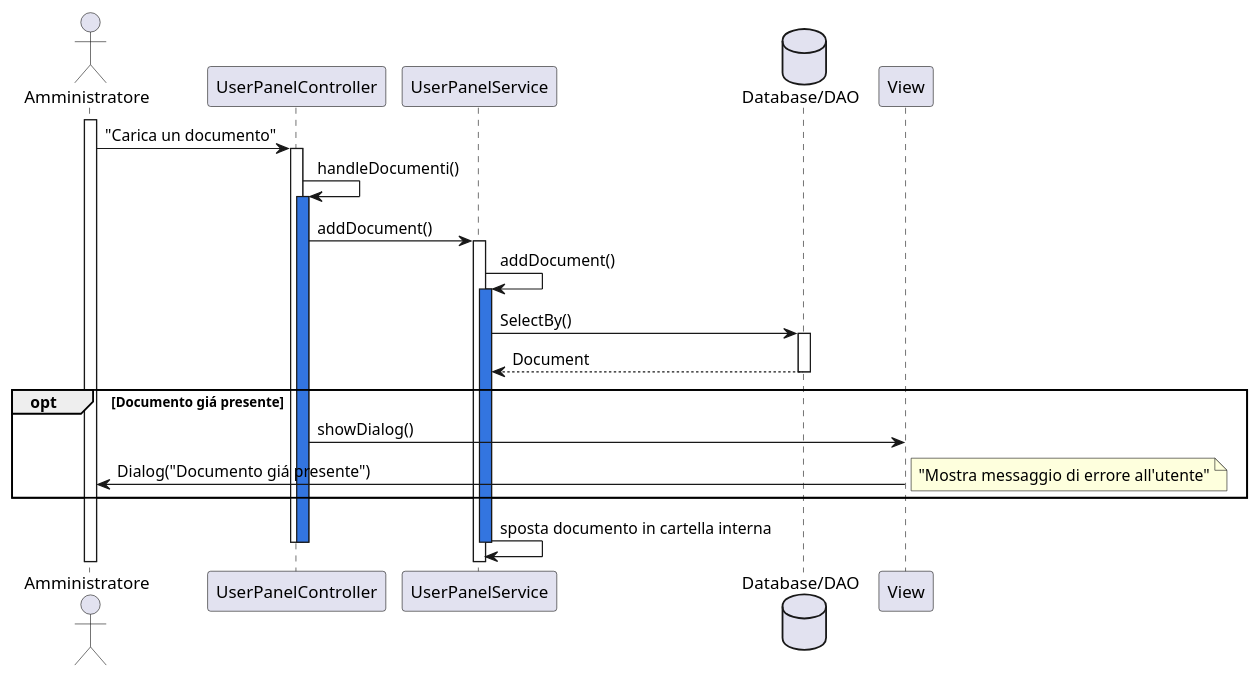
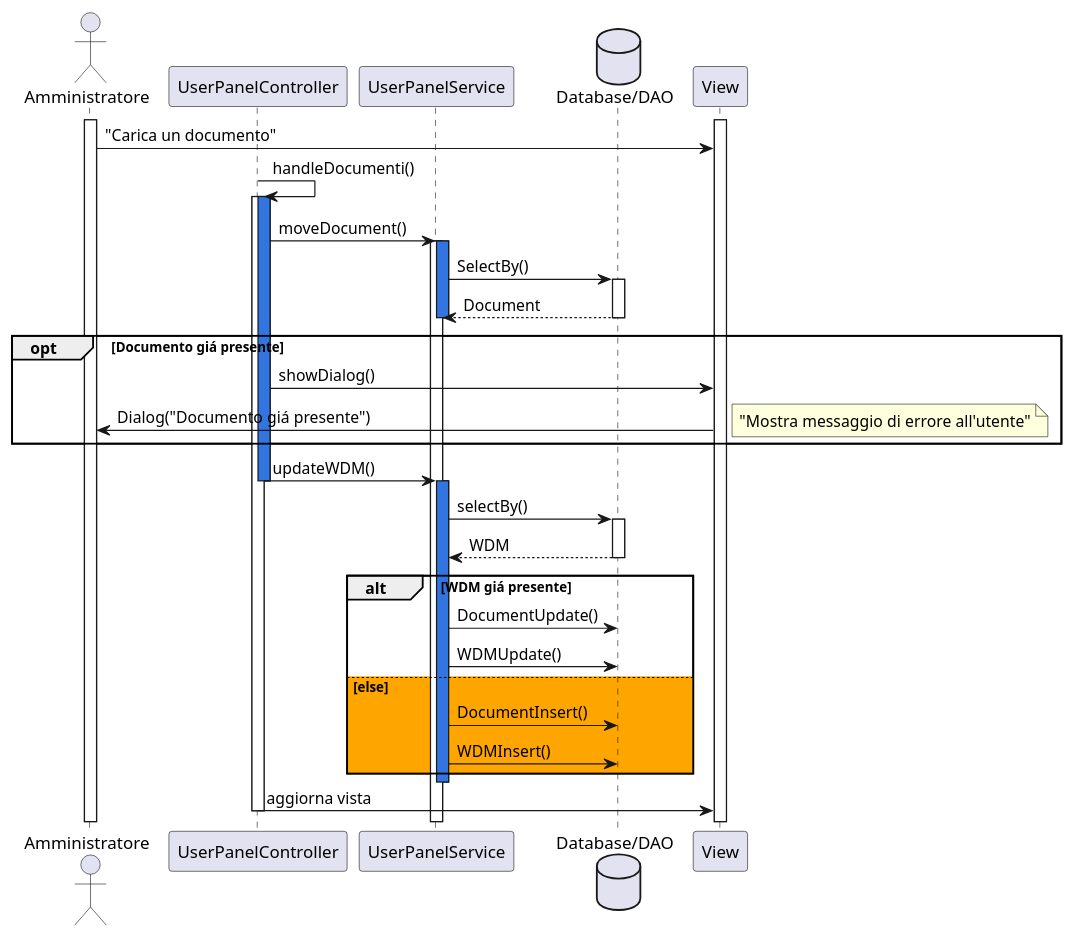
The diagram in docs/UML/DiagrammiSequenza/upload_doc.puml (Bg735/Wordageddon-Gruppo_16), drawn with PlantUML before and after one commit. The commit also changed 18 other files, not shown here.

Commit message:
aggiornamento diagrammi di sequenza

```diff
--- a/docs/UML/DiagrammiSequenza/upload_doc.puml
+++ b/docs/UML/DiagrammiSequenza/upload_doc.puml
@@ -1,33 +1,49 @@
 @startuml
 actor Amministratore
 participant UserPanelController
 participant UserPanelService
 database "Database/DAO" as DB
 participant View
 
 activate Amministratore
-Amministratore -> UserPanelController : "Carica un documento"
+activate View
+Amministratore -> View : "Carica un documento"
+UserPanelController -> UserPanelController : handleDocumenti()
 activate UserPanelController
-UserPanelController -> UserPanelController : handleDocumenti()
+
 activate UserPanelController #3375E0
-UserPanelController -> UserPanelService :addDocument()
+UserPanelController -> UserPanelService :moveDocument()
 activate UserPanelService
-UserPanelService -> UserPanelService : addDocument()
 activate UserPanelService #3375E0
 UserPanelService -> DB : SelectBy()
 activate DB
 DB --> UserPanelService : Document
-
+deactivate UserPanelService
 deactivate DB
 opt Documento giá presente
     UserPanelController -> View : showDialog()
     View -> Amministratore: Dialog("Documento giá presente")
         note right
             "Mostra messaggio di errore all'utente"
         end note
 end
-UserPanelService -> UserPanelService : sposta documento in cartella interna
+
+UserPanelController -> UserPanelService : updateWDM()
+deactivate UserPanelController
+
+activate UserPanelService #3375E0
+UserPanelService -> DB : selectBy()
+activate DB
+DB --> UserPanelService : WDM
+deactivate DB
+alt WDM giá presente
+UserPanelService -> DB : DocumentUpdate()
+UserPanelService -> DB : WDMUpdate()
+else #orange else
+    UserPanelService -> DB : DocumentInsert()
+    UserPanelService -> DB : WDMInsert()
+end
 deactivate UserPanelService
-deactivate UserPanelController #3375E0
+UserPanelController -> View : aggiorna vista
 deactivate UserPanelController
 @enduml
```
